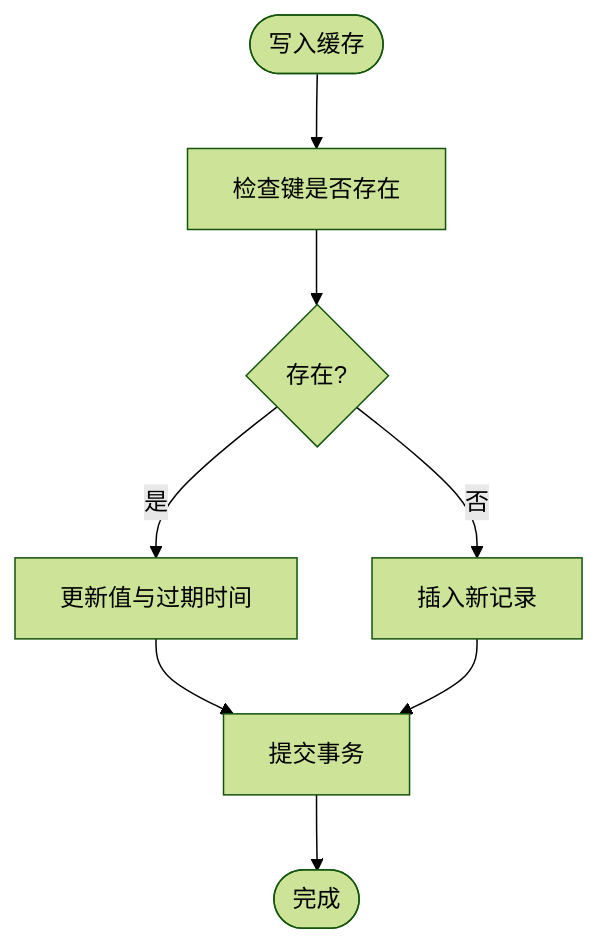
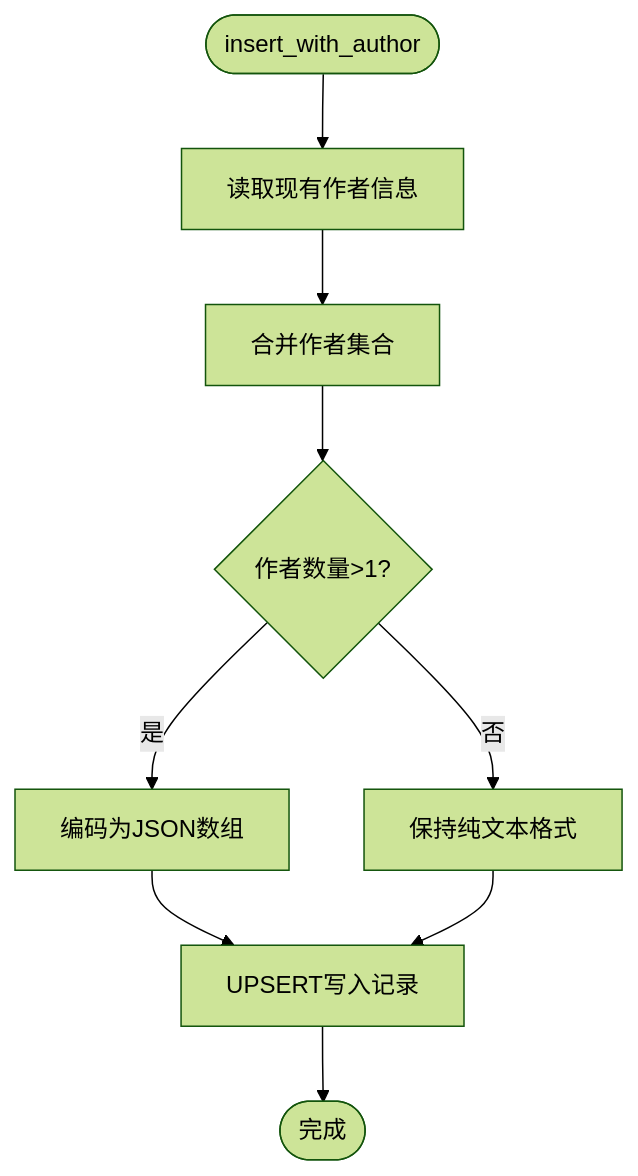
The sixth of 7 diagrams in .qoder/repowiki/zh/content/Rust核心库/数据库层/Repository模式实现.md (ZhangGHGitHub/LegadoTeamFlutter), drawn with Mermaid (forest theme) before and after one commit. The commit also changed other lines of this file and 173 other files, not shown here.

````diff
--- a/.qoder/repowiki/zh/content/Rust核心库/数据库层/Repository模式实现.md
+++ b/.qoder/repowiki/zh/content/Rust核心库/数据库层/Repository模式实现.md
@@ -296,10 +352,11 @@
 ```mermaid
 flowchart TD
-Start(["写入缓存"]) --> CheckKey["检查键是否存在"]
-CheckKey --> Exists{"存在?"}
-Exists --> |是| Update["更新值与过期时间"]
-Exists --> |否| Insert["插入新记录"]
-Update --> Commit["提交事务"]
-Insert --> Commit
-Commit --> Done(["完成"])
+Start(["insert_with_author"]) --> ReadExisting["读取现有作者信息"]
+ReadExisting --> MergeAuthors["合并作者集合"]
+MergeAuthors --> EncodeFormat{"作者数量>1?"}
+EncodeFormat --> |是| JsonArray["编码为JSON数组"]
+EncodeFormat --> |否| PlainText["保持纯文本格式"]
+JsonArray --> UpsertRecord["UPSERT写入记录"]
+PlainText --> UpsertRecord
+UpsertRecord --> Done(["完成"])
 ```
````
